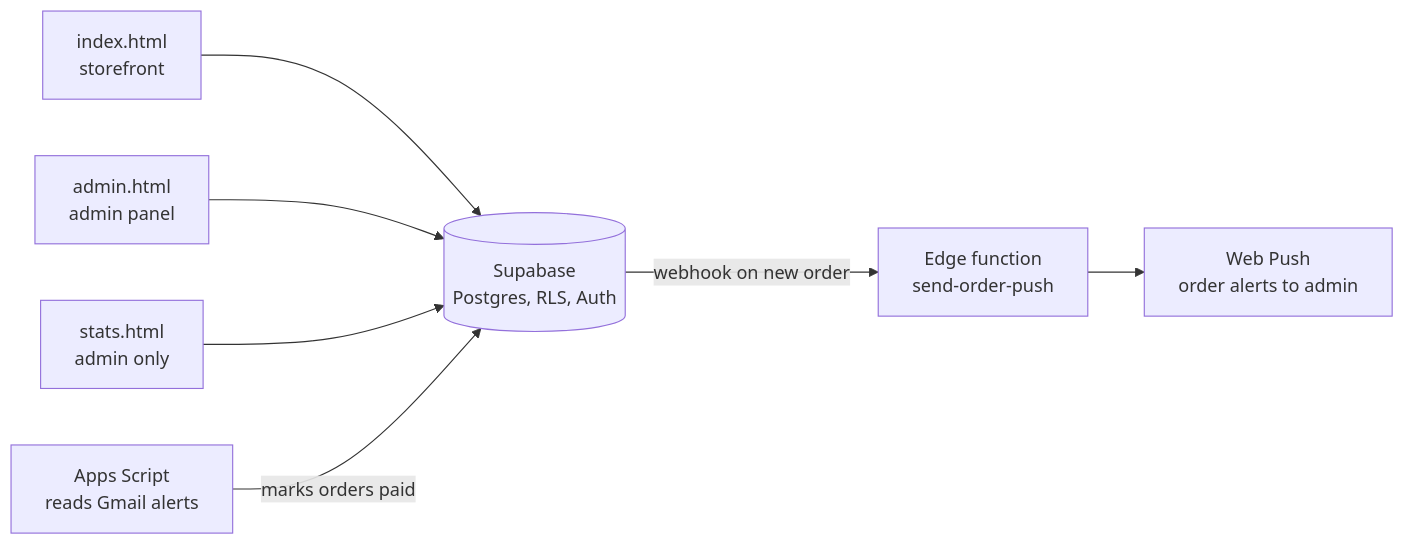
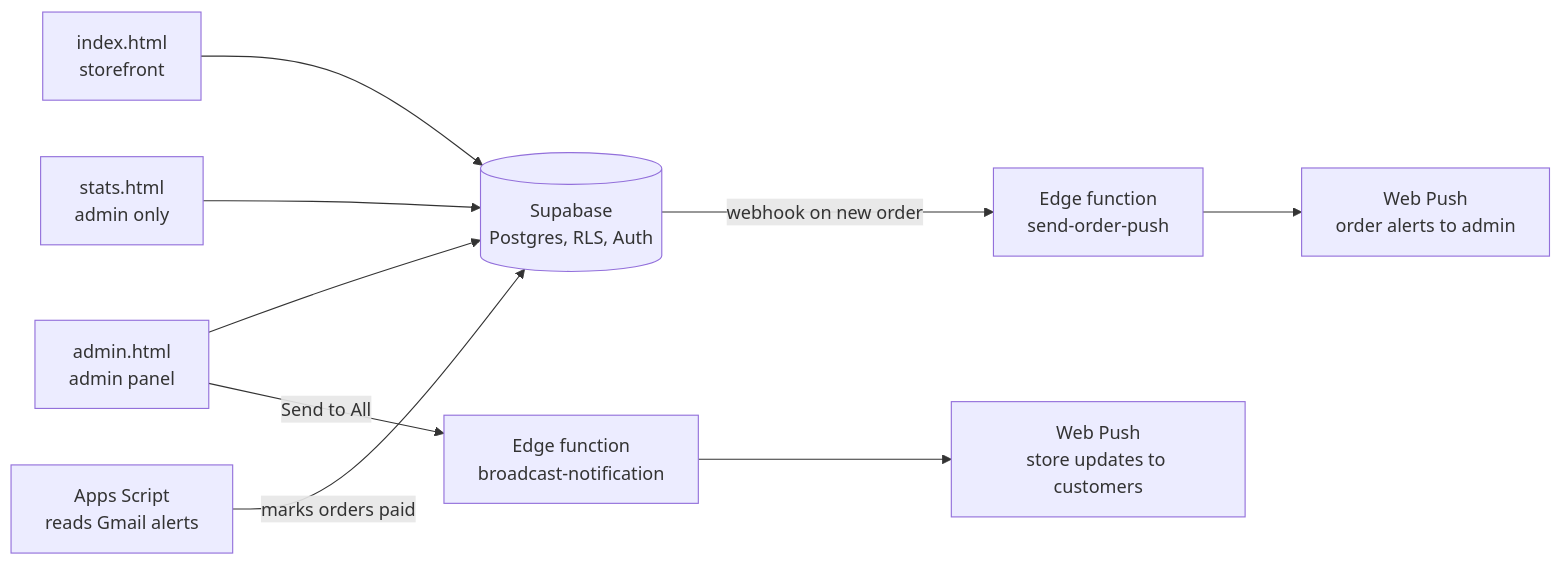
Before and after one commit to satyam-64136/My-store: the first of 6 diagrams in README.md, drawn with Mermaid. The commit also changed other lines of this file and 2 other files, not shown here.

````diff
--- a/README.md
+++ b/README.md
@@ -65,9 +65,11 @@
 ```mermaid
 flowchart LR
   A["index.html<br/>storefront"] --> D[("Supabase<br/>Postgres, RLS, Auth")]
   B["admin.html<br/>admin panel"] --> D
   S["stats.html<br/>admin only"] --> D
   G["Apps Script<br/>reads Gmail alerts"] -- "marks orders paid" --> D
   D -- "webhook on new order" --> E["Edge function<br/>send-order-push"]
   E --> P["Web Push<br/>order alerts to admin"]
+  B -- "Send to All" --> BN["Edge function<br/>broadcast-notification"]
+  BN --> CP["Web Push<br/>store updates to customers"]
 ```
````
